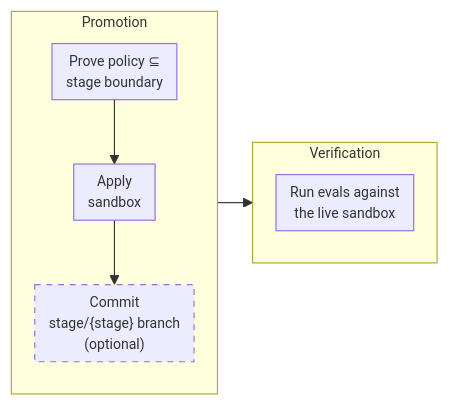
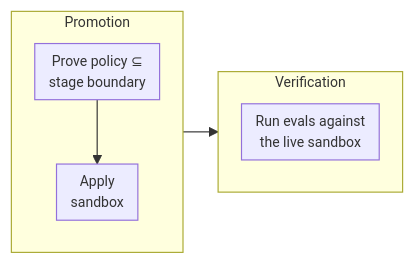
The third of 3 diagrams in README.md (VisioNetX/agent-delivery-demo), drawn with Mermaid before and after one commit. The commit also changed other lines of this file and 4 other files, not shown here.

````diff
--- a/README.md
+++ b/README.md
@@ -165,12 +160,11 @@
 ```mermaid
 %%{init: {"themeVariables": {"fontSize": "12px"}, "flowchart": {"nodeSpacing": 20, "rankSpacing": 30, "padding": 6}}}%%
 flowchart LR
     subgraph promotion["Promotion"]
-        prove["Prove policy ⊆<br/>stage boundary"] --> apply["Apply<br/>sandbox"] --> commit["Commit<br/>stage/{stage} branch<br/>(optional)"]
+        prove["Prove policy ⊆<br/>stage boundary"] --> apply["Apply<br/>sandbox"]
     end
     subgraph verification["Verification"]
         evals["Run evals against<br/>the live sandbox"]
     end
     promotion --> verification
-    style commit stroke-dasharray: 5 5
 ```
````
